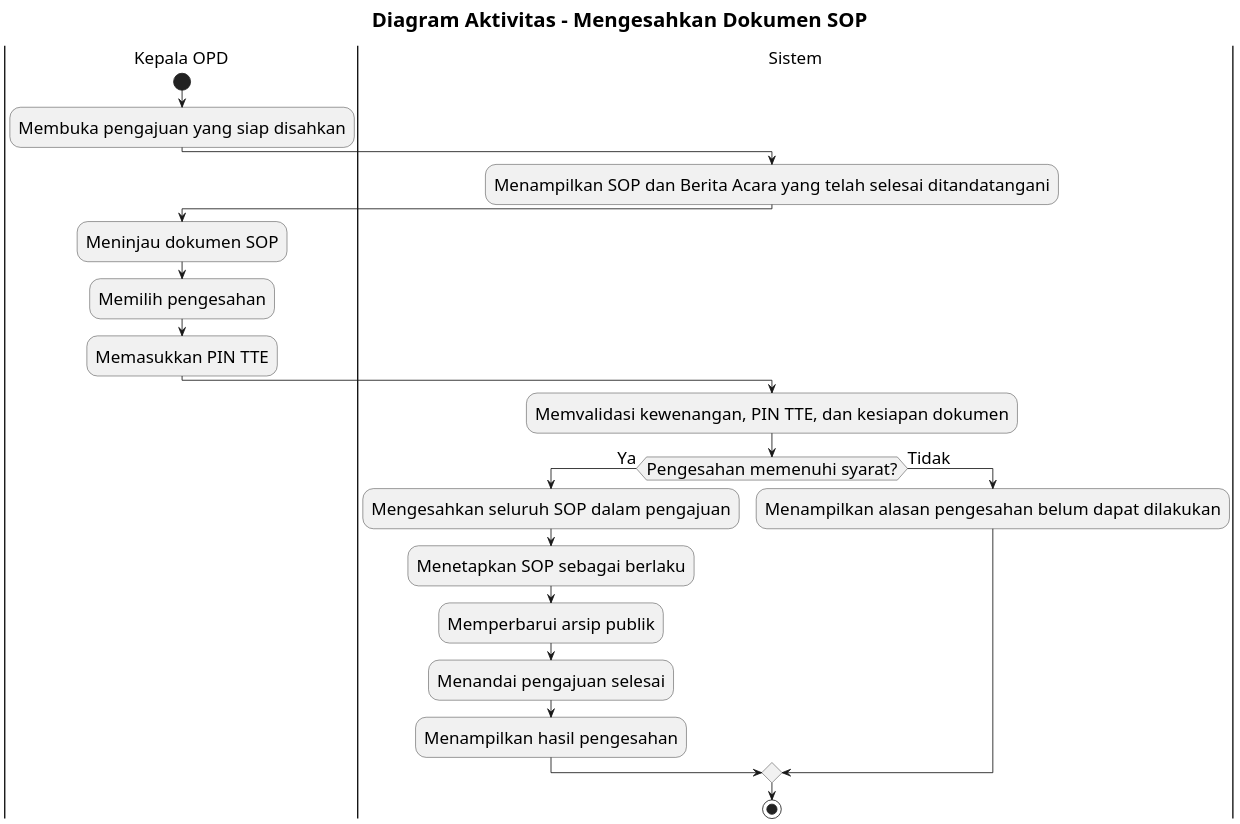
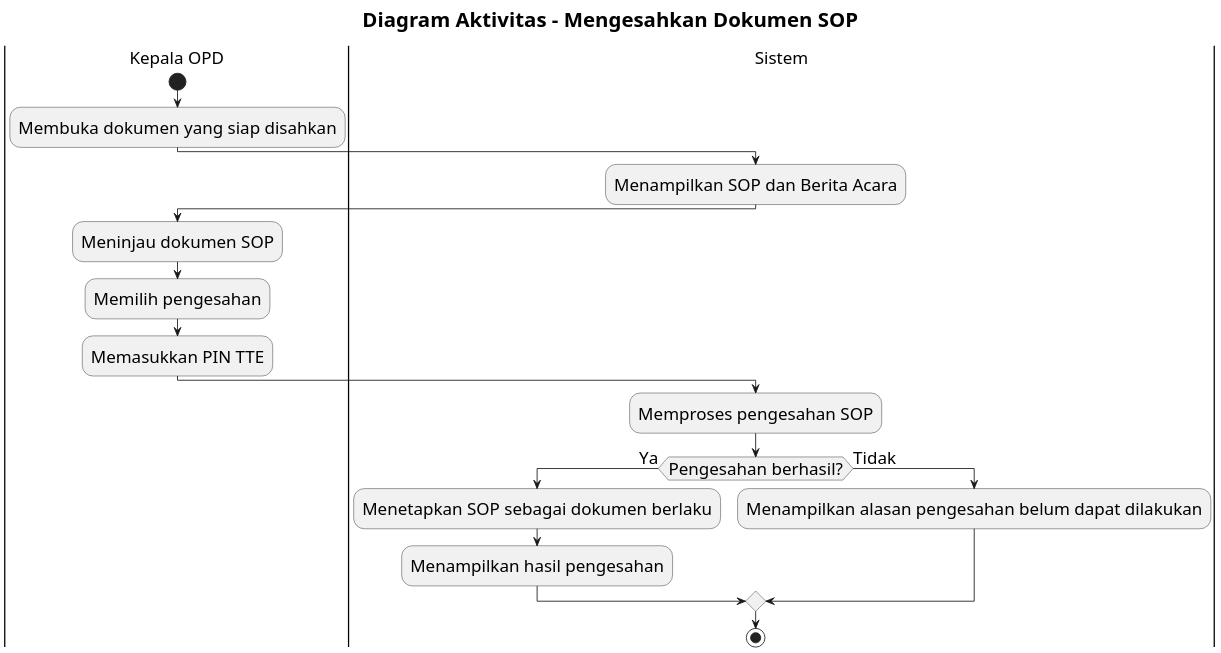
Before and after one commit to howlil/sop-generate-app: the diagram in docs/activity-diagram/kepala-opd-mengesahkan-dokumen-sop.md, drawn with PlantUML. The commit also changed other lines of this file and 20 other files, not shown here.

Commit message:
docs(activity): simplify flows to business-level design

````diff
--- a/docs/activity-diagram/kepala-opd-mengesahkan-dokumen-sop.md
+++ b/docs/activity-diagram/kepala-opd-mengesahkan-dokumen-sop.md
@@ -16,37 +16,34 @@
 ```plantuml
 @startuml
 skinparam defaultFontSize 20
 skinparam titleFontSize 24
 skinparam dpi 160
 
 title Diagram Aktivitas - Mengesahkan Dokumen SOP
 
 |Kepala OPD|
 start
-:Membuka pengajuan yang siap disahkan;
+:Membuka dokumen yang siap disahkan;
 
 |Sistem|
-:Menampilkan SOP dan Berita Acara yang telah selesai ditandatangani;
+:Menampilkan SOP dan Berita Acara;
 
 |Kepala OPD|
 :Meninjau dokumen SOP;
 :Memilih pengesahan;
 :Memasukkan PIN TTE;
 
 |Sistem|
-:Memvalidasi kewenangan, PIN TTE, dan kesiapan dokumen;
+:Memproses pengesahan SOP;
 
-if (Pengesahan memenuhi syarat?) then (Ya)
-  :Mengesahkan seluruh SOP dalam pengajuan;
-  :Menetapkan SOP sebagai berlaku;
-  :Memperbarui arsip publik;
-  :Menandai pengajuan selesai;
+if (Pengesahan berhasil?) then (Ya)
+  :Menetapkan SOP sebagai dokumen berlaku;
   :Menampilkan hasil pengesahan;
 else (Tidak)
   :Menampilkan alasan pengesahan belum dapat dilakukan;
 endif
 
 stop
 
 @enduml
 ```
````
